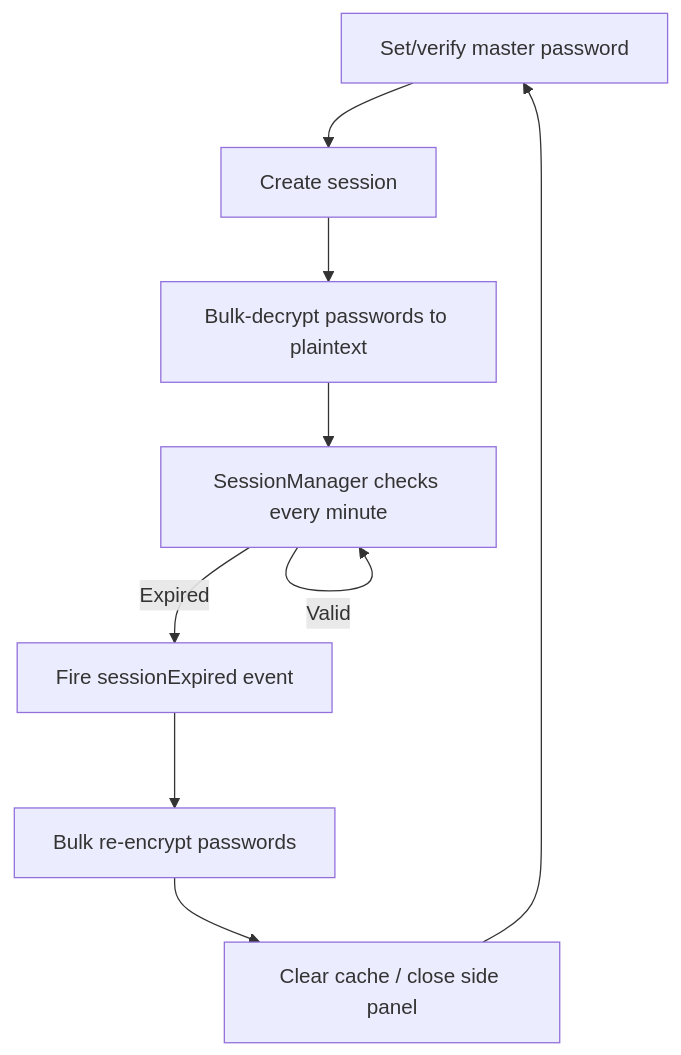
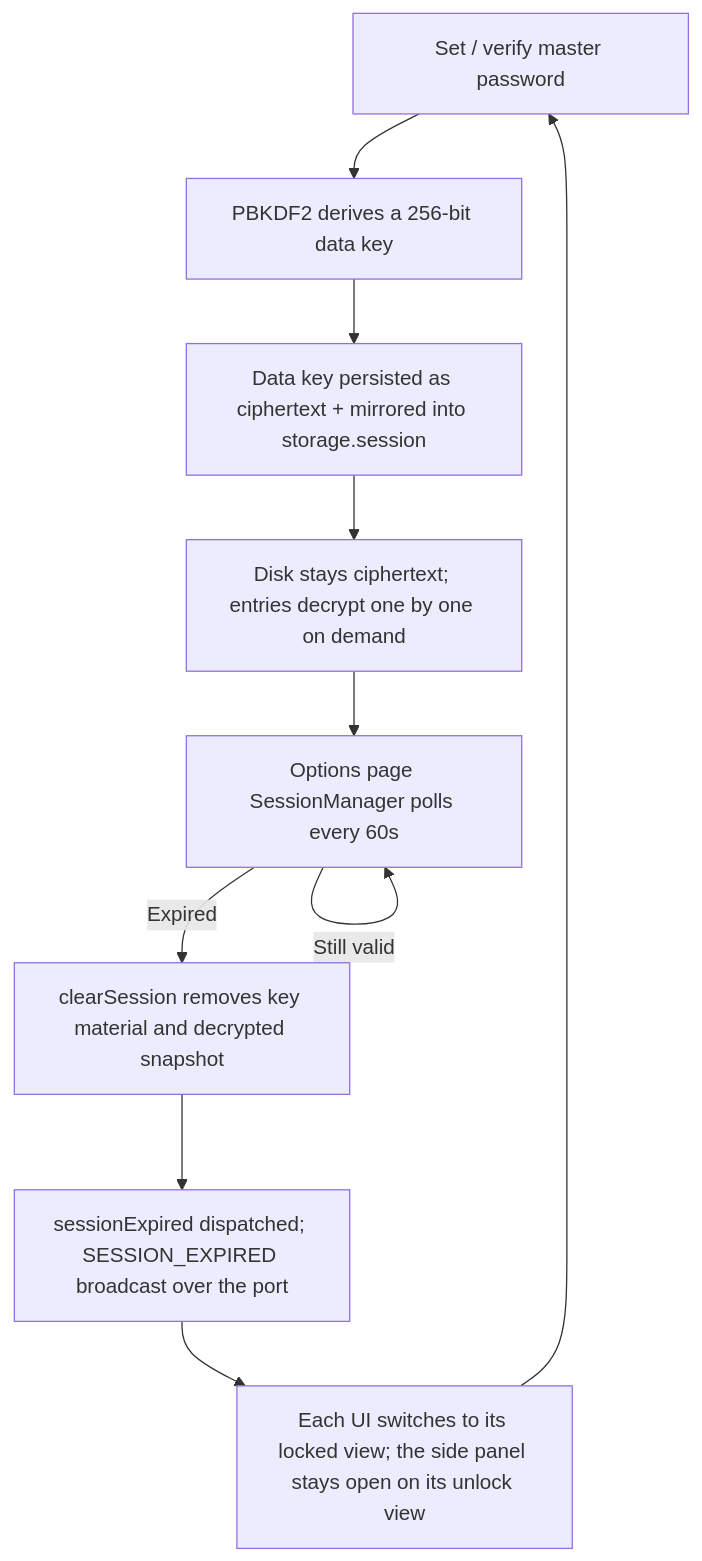
Before and after one commit to liaolongdong/account-password-helper: the second of 2 diagrams in docs/ARCHITECTURE.en.md, drawn with Mermaid. The commit also changed other lines of this file and 74 other files, not shown here.

````diff
--- a/docs/ARCHITECTURE.en.md
+++ b/docs/ARCHITECTURE.en.md
@@ -52,11 +64,12 @@
 ```mermaid
 graph TB
-    A[Set/verify master password] --> B[Create session]
-    B --> C[Bulk-decrypt passwords to plaintext]
-    C --> D[SessionManager checks every minute]
-    D -->|Valid| D
-    D -->|Expired| E[Fire sessionExpired event]
-    E --> F[Bulk re-encrypt passwords]
-    F --> G[Clear cache / close side panel]
-    G --> A
+    A[Set / verify master password] --> B[PBKDF2 derives a 256-bit data key]
+    B --> C[Data key persisted as ciphertext + mirrored into storage.session]
+    C --> D[Disk stays ciphertext; entries decrypt one by one on demand]
+    D --> E[Options page SessionManager polls every 60s]
+    E -->|Still valid| E
+    E -->|Expired| F[clearSession removes key material and decrypted snapshot]
+    F --> G[sessionExpired dispatched; SESSION_EXPIRED broadcast over the port]
+    G --> H[Each UI switches to its locked view; the side panel stays open on its unlock view]
+    H --> A
 ```
````
